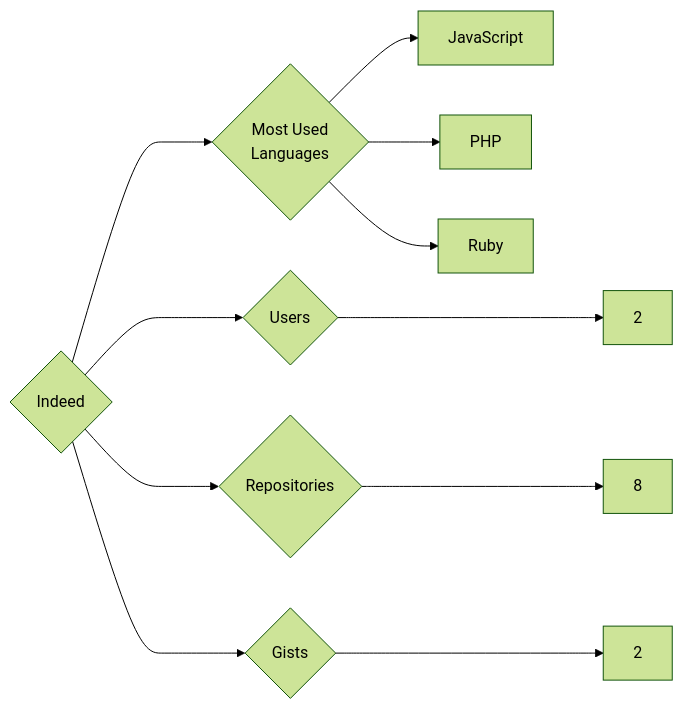
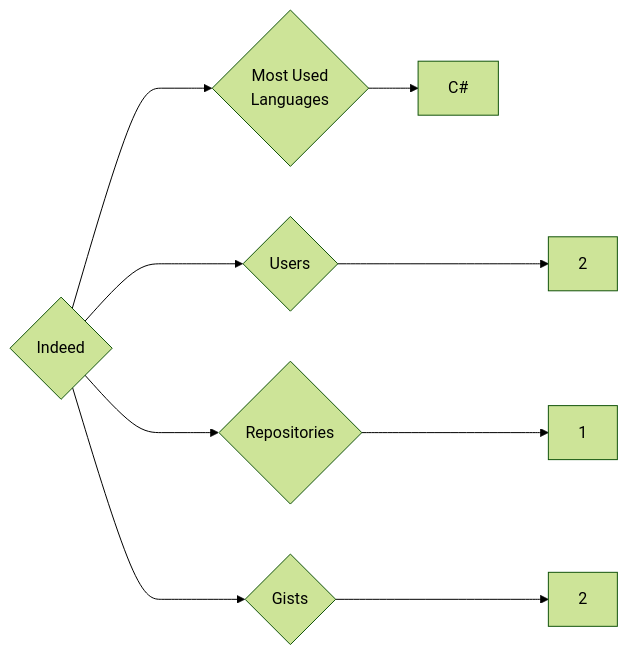
One commit to trickest/insiders changed the diagram in targets/Indeed/README.md. Above: the diagram before and after it, drawn with Mermaid (forest theme). The commit also changed 1238 other files, not shown here.

````diff
--- a/targets/Indeed/README.md
+++ b/targets/Indeed/README.md
@@ -3,11 +3,9 @@
 ```mermaid
 graph LR
 COMPANY_NAME{Indeed}
 COMPANY_NAME ---> U{Users} ---> UN[2]
-COMPANY_NAME ---> R{Repositories} ---> RN[8]
+COMPANY_NAME ---> R{Repositories} ---> RN[1]
 COMPANY_NAME ---> G{Gists} ---> GN[2]
 COMPANY_NAME ---> ML{Most Used<br>Languages}
-ML --> JavaScript[JavaScript]
-ML --> PHP[PHP]
-ML --> Ruby[Ruby]
+ML --> C#[C#]
 ```
````
